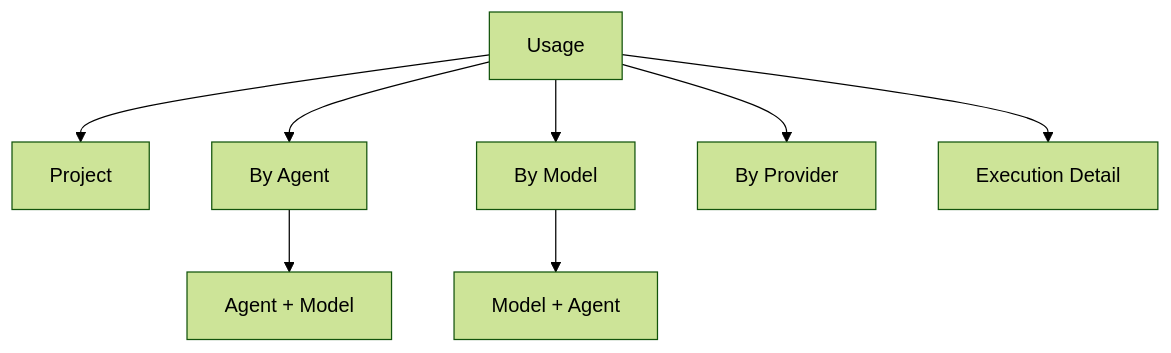
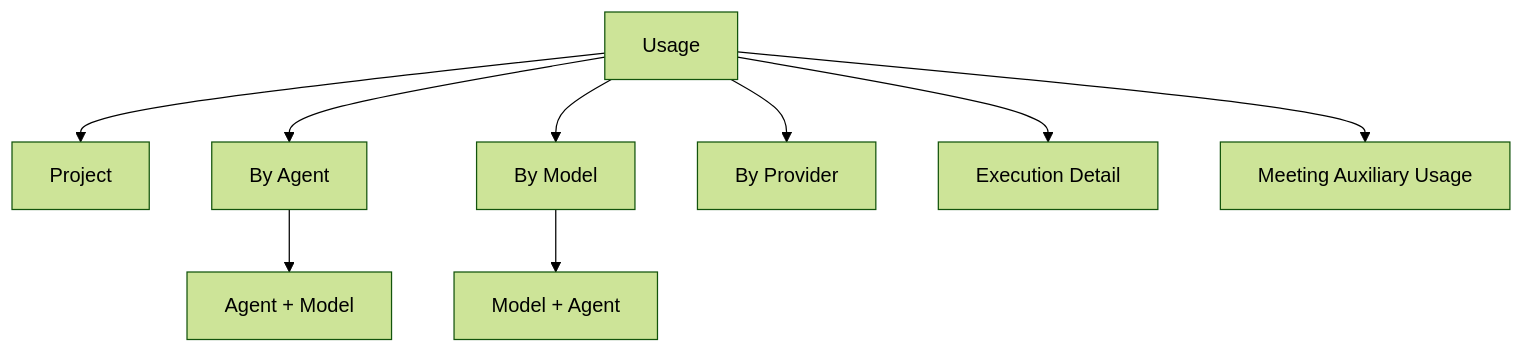
One commit to LunaDeerTech/agenteam changed the fifth of 5 diagrams in docs/architecture/platform-infrastructure/model-token-usage.md. Above: the diagram before and after it, drawn with Mermaid (forest theme). The commit also changed other lines of this file and 86 other files, not shown here.

```diff
--- a/docs/architecture/platform-infrastructure/model-token-usage.md
+++ b/docs/architecture/platform-infrastructure/model-token-usage.md
@@ -430,12 +446,13 @@
 ~~~mermaid
 flowchart TB
     Usage["Usage"]
     Usage --> Project["Project"]
     Usage --> Agent["By Agent"]
     Usage --> Model["By Model"]
     Usage --> Provider["By Provider"]
     Usage --> Execution["Execution Detail"]
+    Usage --> Meeting["Meeting Auxiliary Usage"]
 
     Agent --> AgentModel["Agent + Model"]
     Model --> ModelAgent["Model + Agent"]
 ~~~
```
